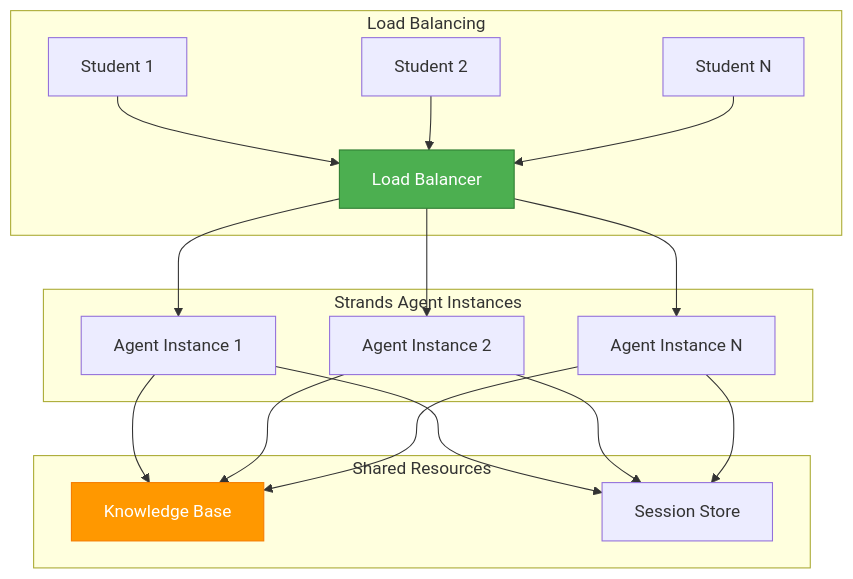
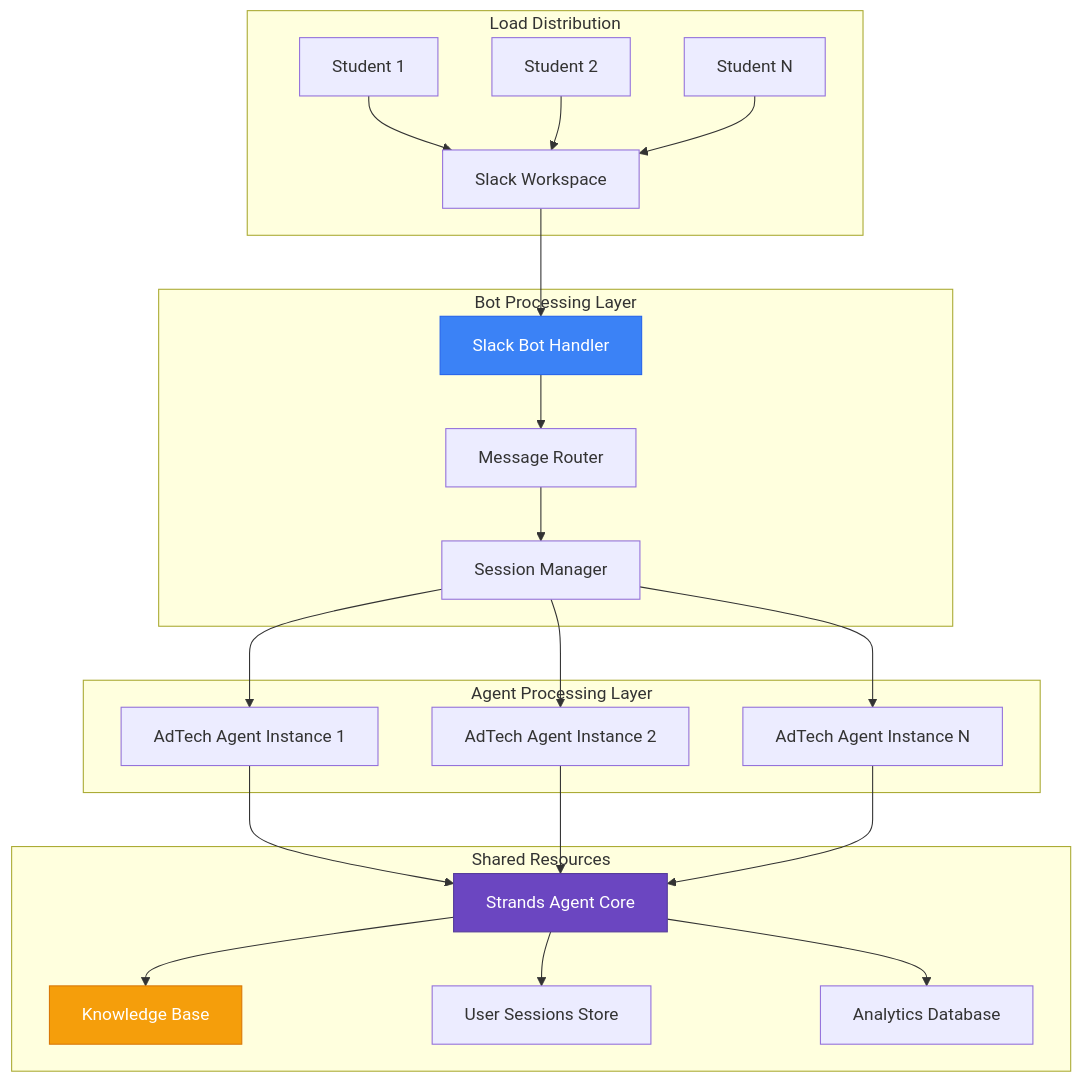
Diagram 13 of 14 in blog_post.md (bkeelapudi/Adtech-tech-teaching-assistant), drawn with Mermaid before and after one commit. The commit also changed other lines of this file, not shown here.

````diff
--- a/blog_post.md
+++ b/blog_post.md
@@ -552,27 +672,34 @@
 ```mermaid
 graph TB
-    subgraph "Load Balancing"
-        A[Student 1] --> D[Load Balancer]
+    subgraph "Load Distribution"
+        A[Student 1] --> D[Slack Workspace]
         B[Student 2] --> D
         C[Student N] --> D
     end
     
-    subgraph "Strands Agent Instances"
-        D --> E[Agent Instance 1]
-        D --> F[Agent Instance 2]
-        D --> G[Agent Instance N]
+    subgraph "Bot Processing Layer"
+        D --> E[Slack Bot Handler]
+        E --> F[Message Router]
+        F --> G[Session Manager]
+    end
+    
+    subgraph "Agent Processing Layer"
+        G --> H[AdTech Agent Instance 1]
+        G --> I[AdTech Agent Instance 2]
+        G --> J[AdTech Agent Instance N]
     end
     
     subgraph "Shared Resources"
-        E --> H[Knowledge Base]
-        F --> H
-        G --> H
+        H --> K[Strands Agent Core]
+        I --> K
+        J --> K
         
-        E --> I[Session Store]
-        F --> I
-        G --> I
+        K --> L[Knowledge Base]
+        K --> M[User Sessions Store]
+        K --> N[Analytics Database]
     end
     
-    style D fill:#4CAF50,stroke:#2E7D32,color:#fff
-    style H fill:#FF9800,stroke:#F57C00,color:#fff
+    style K fill:#6B46C1,stroke:#553C9A,color:#fff
+    style L fill:#F59E0B,stroke:#D97706,color:#fff
+    style E fill:#3B82F6,stroke:#2563EB,color:#fff
 ```
````
